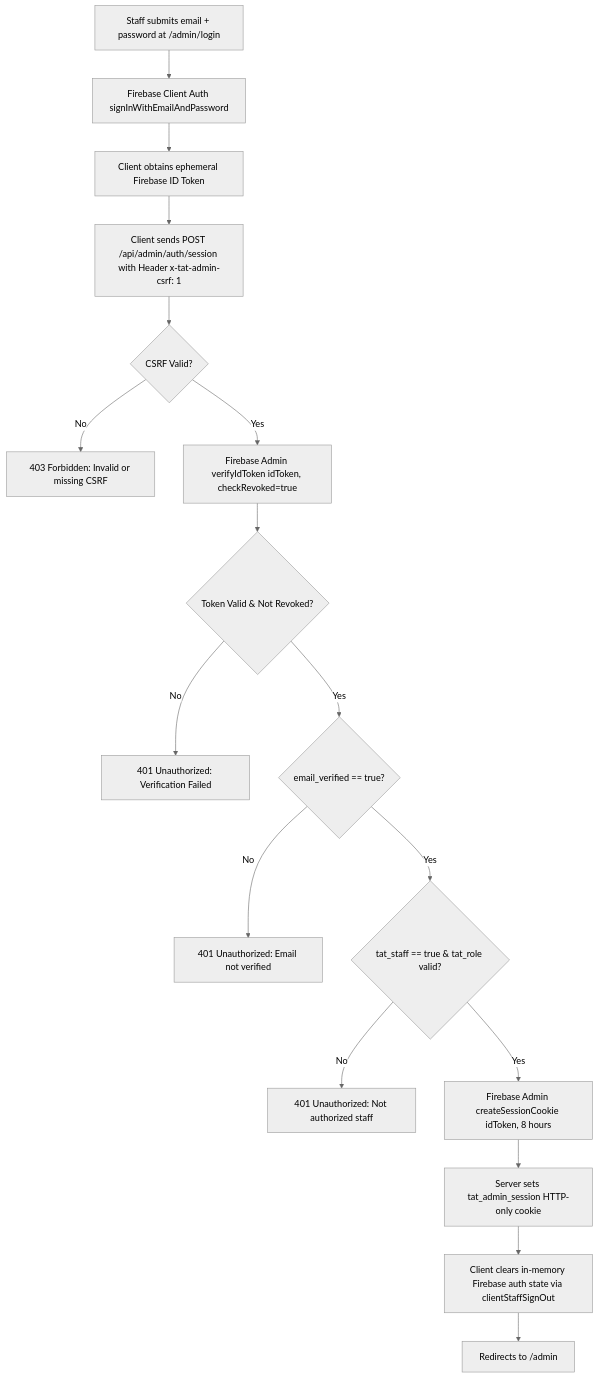
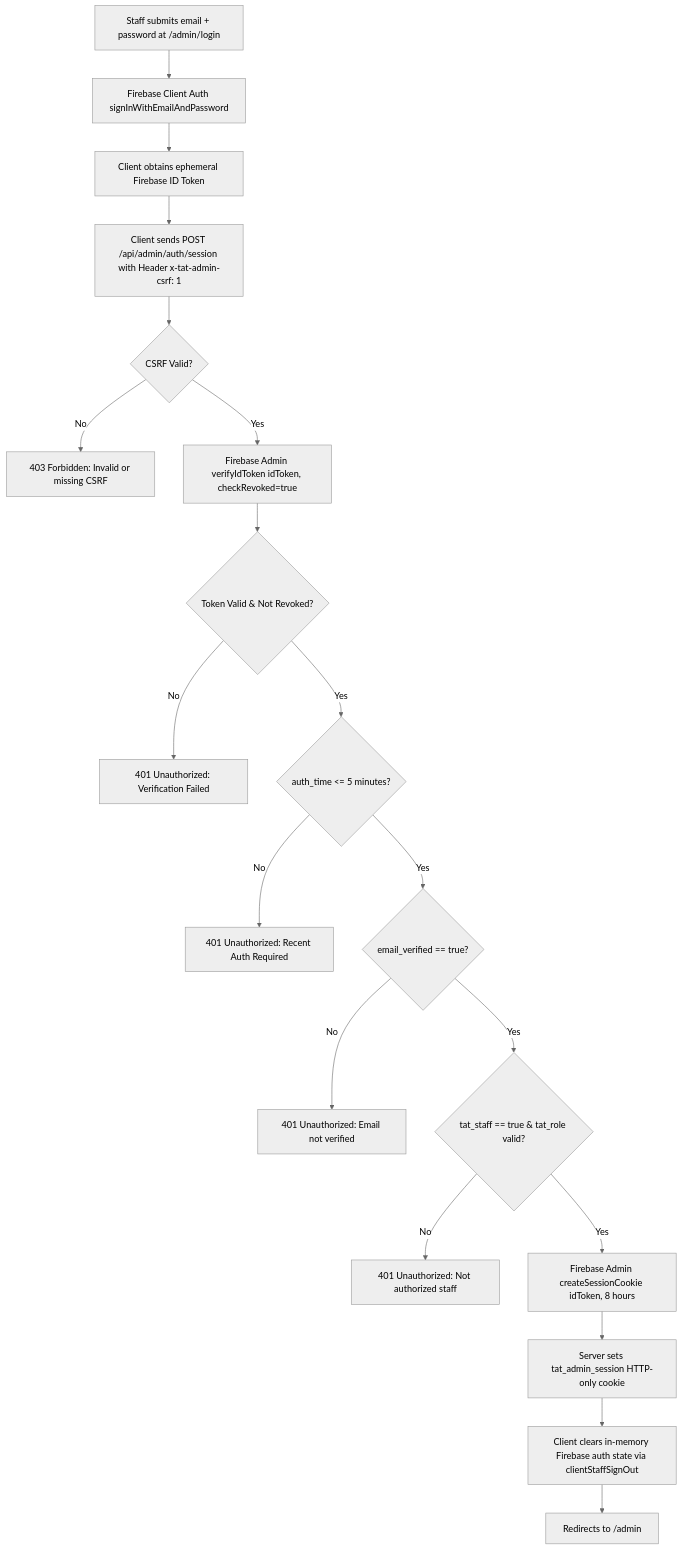
The diagram in docs/engineering/TAT_M10E_SESSION_SECURITY.md (realisttechsolutions/TINUBU-ACHIEVEMENT-TRACKER), drawn with Mermaid (neutral theme) before and after one commit. The commit also changed other lines of this file and 5 other files, not shown here.

Commit message:
fix(auth): enforce recent-auth verification, strict email verification flow, and update bootstrap procedure

````diff
--- a/docs/engineering/TAT_M10E_SESSION_SECURITY.md
+++ b/docs/engineering/TAT_M10E_SESSION_SECURITY.md
@@ -22,19 +22,21 @@
 ```mermaid
 flowchart TD
     A[Staff submits email + password at /admin/login] --> B[Firebase Client Auth signInWithEmailAndPassword]
     B --> C[Client obtains ephemeral Firebase ID Token]
     C --> D[Client sends POST /api/admin/auth/session with Header x-tat-admin-csrf: 1]
     D --> E{CSRF Valid?}
     E -- No --> F[403 Forbidden: Invalid or missing CSRF]
     E -- Yes --> G[Firebase Admin verifyIdToken idToken, checkRevoked=true]
     G --> H{Token Valid & Not Revoked?}
     H -- No --> I[401 Unauthorized: Verification Failed]
-    H -- Yes --> J{email_verified == true?}
-    J -- No --> K[401 Unauthorized: Email not verified]
-    J -- Yes --> L{tat_staff == true & tat_role valid?}
-    L -- No --> M[401 Unauthorized: Not authorized staff]
-    L -- Yes --> N[Firebase Admin createSessionCookie idToken, 8 hours]
-    N --> O[Server sets tat_admin_session HTTP-only cookie]
-    O --> P[Client clears in-memory Firebase auth state via clientStaffSignOut]
-    P --> Q[Redirects to /admin]
+    H -- Yes --> J{auth_time <= 5 minutes?}
+    J -- No --> K[401 Unauthorized: Recent Auth Required]
+    J -- Yes --> L{email_verified == true?}
+    L -- No --> M[401 Unauthorized: Email not verified]
+    L -- Yes --> N{tat_staff == true & tat_role valid?}
+    N -- No --> O[401 Unauthorized: Not authorized staff]
+    N -- Yes --> P[Firebase Admin createSessionCookie idToken, 8 hours]
+    P --> Q[Server sets tat_admin_session HTTP-only cookie]
+    Q --> R[Client clears in-memory Firebase auth state via clientStaffSignOut]
+    R --> S[Redirects to /admin]
 ```
````
